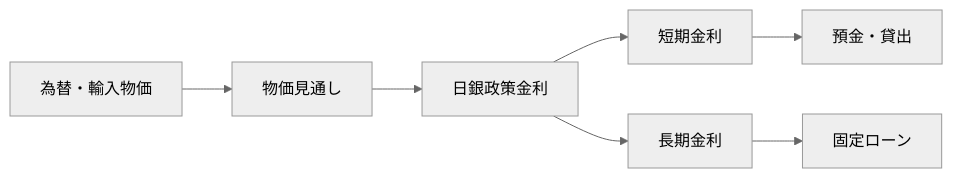
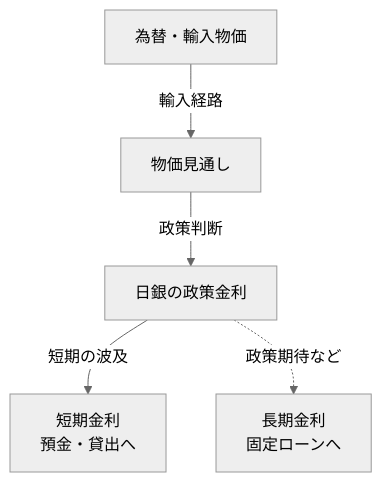
The first of 2 diagrams in articles/report/japan-interest-rate-policy/ja/index.mdx (daylight55/research), drawn with Mermaid (neutral theme) before and after one commit. The commit also changed other lines of this file and 181 other files, not shown here.

First line of the commit message:
全記事の図解368点を再生成し、共通注意書きを削除 (#402)

````diff
--- a/articles/report/japan-interest-rate-policy/ja/index.mdx
+++ b/articles/report/japan-interest-rate-policy/ja/index.mdx
@@ -33,9 +33,14 @@
 ```mermaid
-flowchart LR
-  BOJ["日銀政策金利"] --> Short["短期金利"]
-  Short --> Loan["預金・貸出"]
-  BOJ --> JGB["長期金利"]
-  JGB --> Fixed["固定ローン"]
-  FX["為替・輸入物価"] --> Inf["物価見通し"]
-  Inf --> BOJ
+flowchart TD
+  accTitle: 日銀の政策が家計金利へ届く二つの経路
+  accDescr: 短期金利は預金・貸出に、長期金利は固定ローンに関わる。為替と輸入物価は物価見通しを通じて政策判断へ戻る。
+  N0["日銀の政策金利"]
+  N1["短期金利<br/>預金・貸出へ"]
+  N2["長期金利<br/>固定ローンへ"]
+  N3["為替・輸入物価"]
+  N4["物価見通し"]
+  N0 -->|短期の波及| N1
+  N0 -.->|政策期待など| N2
+  N3 -->|輸入経路| N4
+  N4 -->|政策判断| N0
 ```
````
